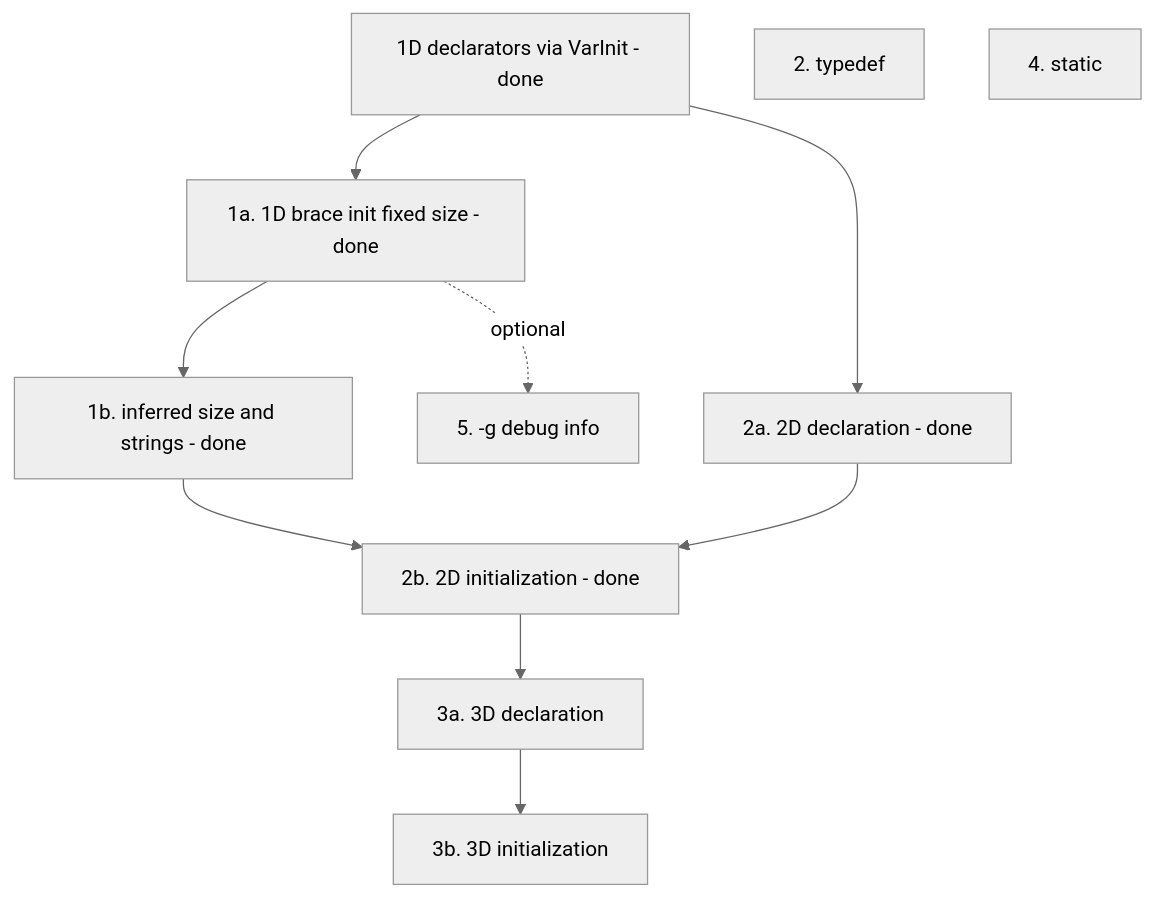
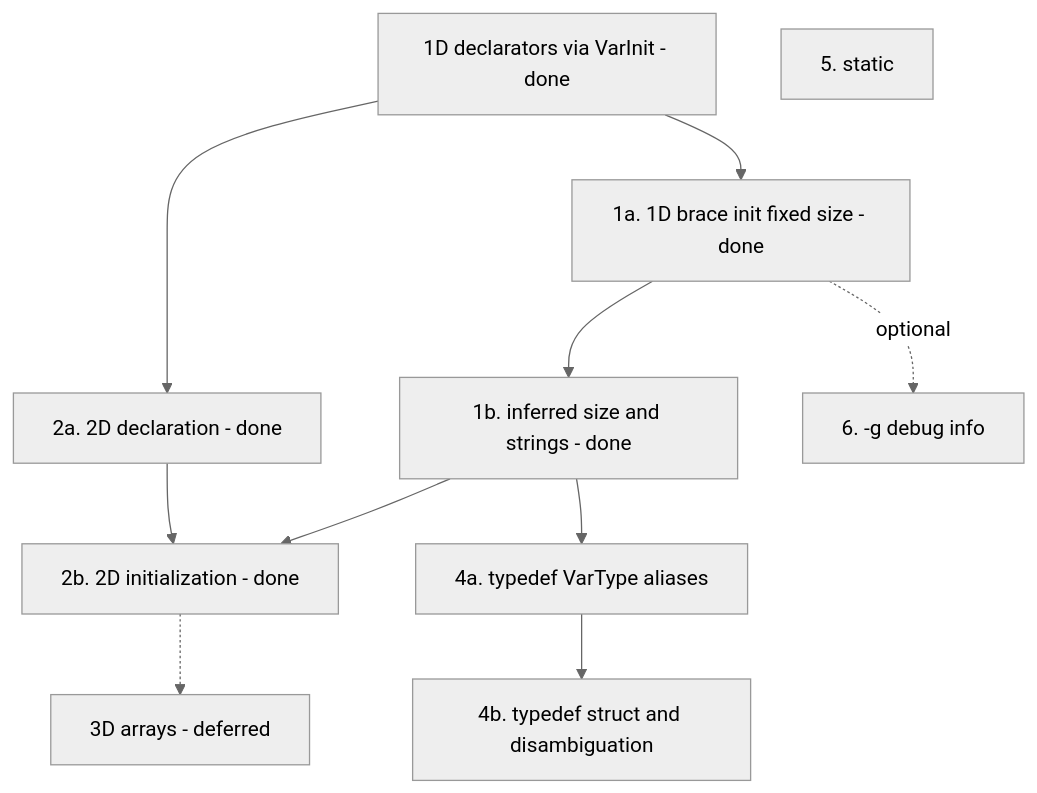
The diagram in docs/Roadmap.md (yanghuafang/lcc), drawn with Mermaid (neutral theme) before and after one commit. The commit also changed other lines of this file and 20 other files, not shown here.

First line of the commit message:
Support typedef of VarType spellings including size_t.

````diff
--- a/docs/Roadmap.md
+++ b/docs/Roadmap.md
@@ -46,23 +48,23 @@
 ```mermaid
 flowchart TD
   done[1D declarators via VarInit - done]
   init1a[1a. 1D brace init fixed size - done]
   init1b[1b. inferred size and strings - done]
-  typedef[2. typedef]
   md2a[2a. 2D declaration - done]
   md2b[2b. 2D initialization - done]
-  md3a[3a. 3D declaration]
-  md3b[3b. 3D initialization]
-  stat[4. static]
-  dbg[5. -g debug info]
+  td4a[4a. typedef VarType aliases]
+  td4b[4b. typedef struct and disambiguation]
+  md3[3D arrays - deferred]
+  stat[5. static]
+  dbg[6. -g debug info]
 
   done --> init1a --> init1b
   init1b --> md2b
   done --> md2a --> md2b
-  md2b --> md3a --> md3b
-  typedef
+  md2b -.-> md3
+  init1b --> td4a --> td4b
   stat
   dbg
 
   init1a -.->|optional| dbg
 ```
````
